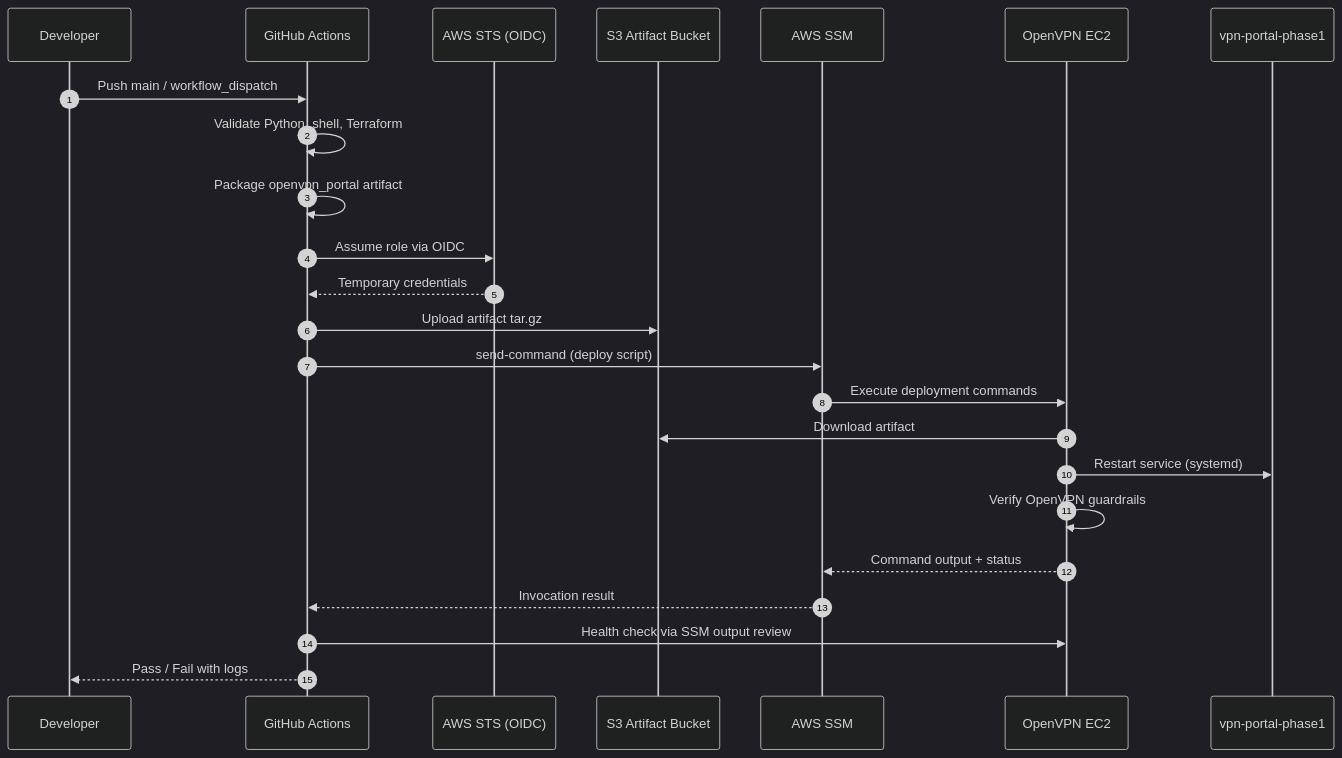
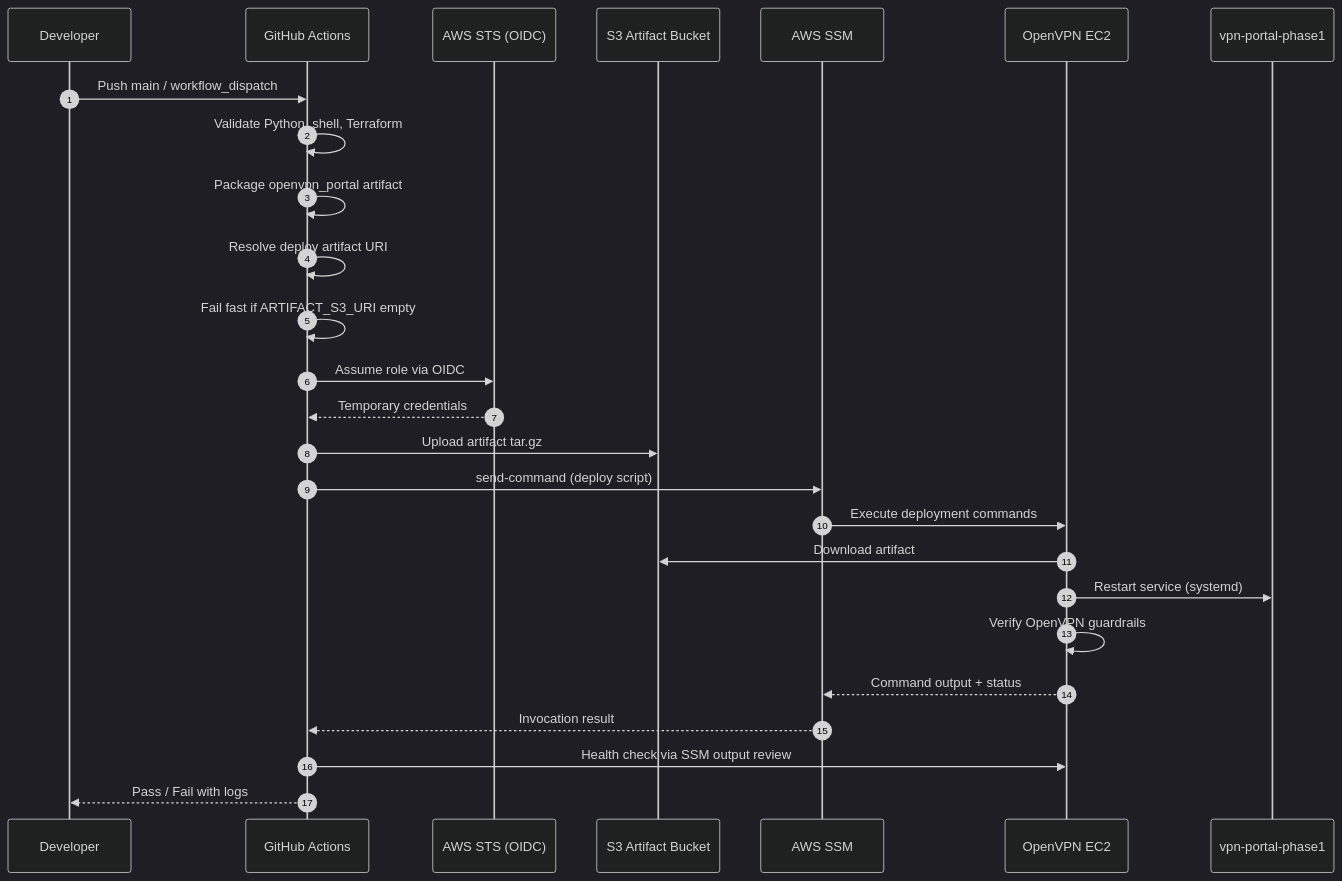
The second of 3 diagrams in README.md (liyongke/OpenVPN), drawn with Mermaid (dark theme) before and after one commit. The commit also changed other lines of this file and 4 other files, not shown here.

Commit message:
fix(cicd): guard deploy artifact URI and sync docs/diagrams

````diff
--- a/README.md
+++ b/README.md
@@ -96,27 +96,29 @@
 ```mermaid
 sequenceDiagram
   autonumber
   participant Dev as Developer
   participant GH as GitHub Actions
   participant STS as AWS STS (OIDC)
   participant S3 as S3 Artifact Bucket
   participant SSM as AWS SSM
   participant EC2 as OpenVPN EC2
   participant Portal as vpn-portal-phase1
 
   Dev->>GH: Push main / workflow_dispatch
   GH->>GH: Validate Python, shell, Terraform
   GH->>GH: Package openvpn_portal artifact
+  GH->>GH: Resolve deploy artifact URI
+  GH->>GH: Fail fast if ARTIFACT_S3_URI empty
   GH->>STS: Assume role via OIDC
   STS-->>GH: Temporary credentials
   GH->>S3: Upload artifact tar.gz
   GH->>SSM: send-command (deploy script)
   SSM->>EC2: Execute deployment commands
   EC2->>S3: Download artifact
   EC2->>Portal: Restart service (systemd)
   EC2->>EC2: Verify OpenVPN guardrails
   EC2-->>SSM: Command output + status
   SSM-->>GH: Invocation result
   GH->>EC2: Health check via SSM output review
   GH-->>Dev: Pass / Fail with logs
 ```
````
